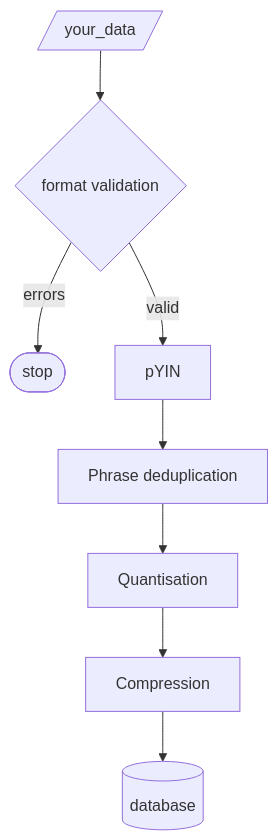
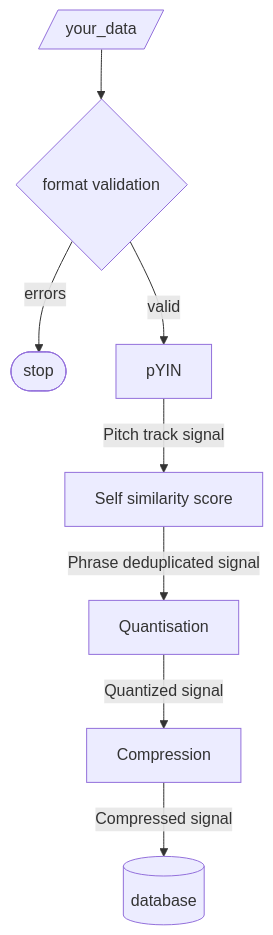
Before and after one commit to vivekvjyn/Strawberry-Fields: the diagram in README.md, drawn with Mermaid. The commit also changed other lines of this file and 8 other files, not shown here.

````diff
--- a/README.md
+++ b/README.md
@@ -20,19 +20,19 @@
 ```mermaid
 flowchart TD
     Data[/"your_data"/]
     Validate{"format validation"}
     Stop([stop])
     Extract["pYIN"]
-    Dedupe["Phrase deduplication"]
+    Dedupe["Self similarity score"]
     Quantise["Quantisation"]
     Compress["Compression"]
     Database[("database")]
 
     Data --> Validate
     Validate -->|errors| Stop
     Validate -->|valid| Extract
-    Extract --> Dedupe
-    Dedupe --> Quantise
-    Quantise --> Compress
-    Compress --> Database
+    Extract --> |Pitch track signal| Dedupe
+    Dedupe --> |Phrase deduplicated signal| Quantise
+    Quantise --> |Quantized signal| Compress
+    Compress --> |Compressed signal| Database
 ```
````
